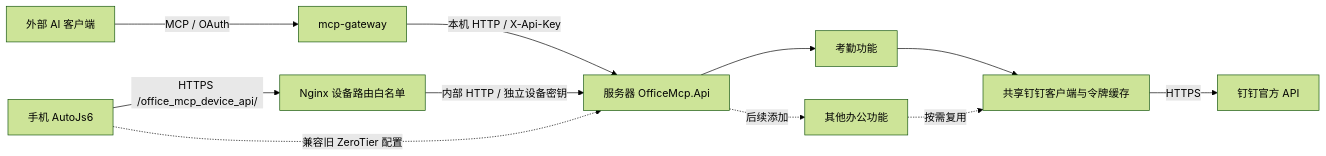
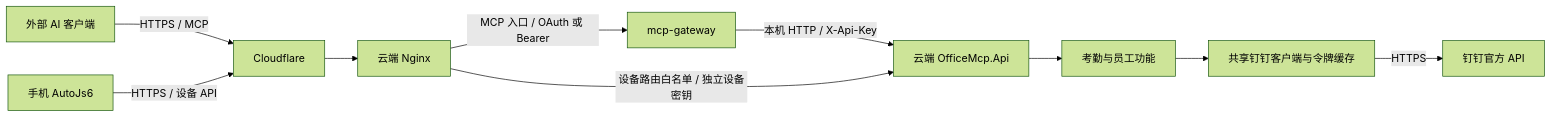
One commit to Ultronxr/OfficeMcpWithDingtalkAttendance changed the diagram in docs/architecture.md. Above: the diagram before and after it, drawn with Mermaid (forest theme). The commit also changed other lines of this file and 9 other files, not shown here.

First line of the commit message:
docs: [OfficeMcp] 清理旧 Windows 部署脚本并更新运维文档

````diff
--- a/docs/architecture.md
+++ b/docs/architecture.md
@@ -5,13 +5,12 @@
 ```mermaid
 flowchart LR
-    A[外部 AI 客户端] -->|MCP / OAuth| G[mcp-gateway]
-    G -->|本机 HTTP / X-Api-Key| H[服务器 OfficeMcp.Api]
-    P[手机 AutoJs6] -->|HTTPS /office_mcp_device_api/| N[Nginx 设备路由白名单]
-    N -->|内部 HTTP / 独立设备密钥| H
-    P -.兼容旧 ZeroTier 配置.-> H
-    H --> C[考勤功能]
-    H -.后续添加.-> F[其他办公功能]
+    A["外部 AI 客户端"] -->|"HTTPS / MCP"| E["Cloudflare"]
+    P["手机 AutoJs6"] -->|"HTTPS / 设备 API"| E
+    E --> N["云端 Nginx"]
+    N -->|"MCP 入口 / OAuth 或 Bearer"| G["mcp-gateway"]
+    G -->|"本机 HTTP / X-Api-Key"| H["云端 OfficeMcp.Api"]
+    N -->|"设备路由白名单 / 独立设备密钥"| H
+    H --> C[考勤与员工功能]
     C --> D[共享钉钉客户端与令牌缓存]
-    F -.按需复用.-> D
     D -->|HTTPS| O[钉钉官方 API]
 ```
````
